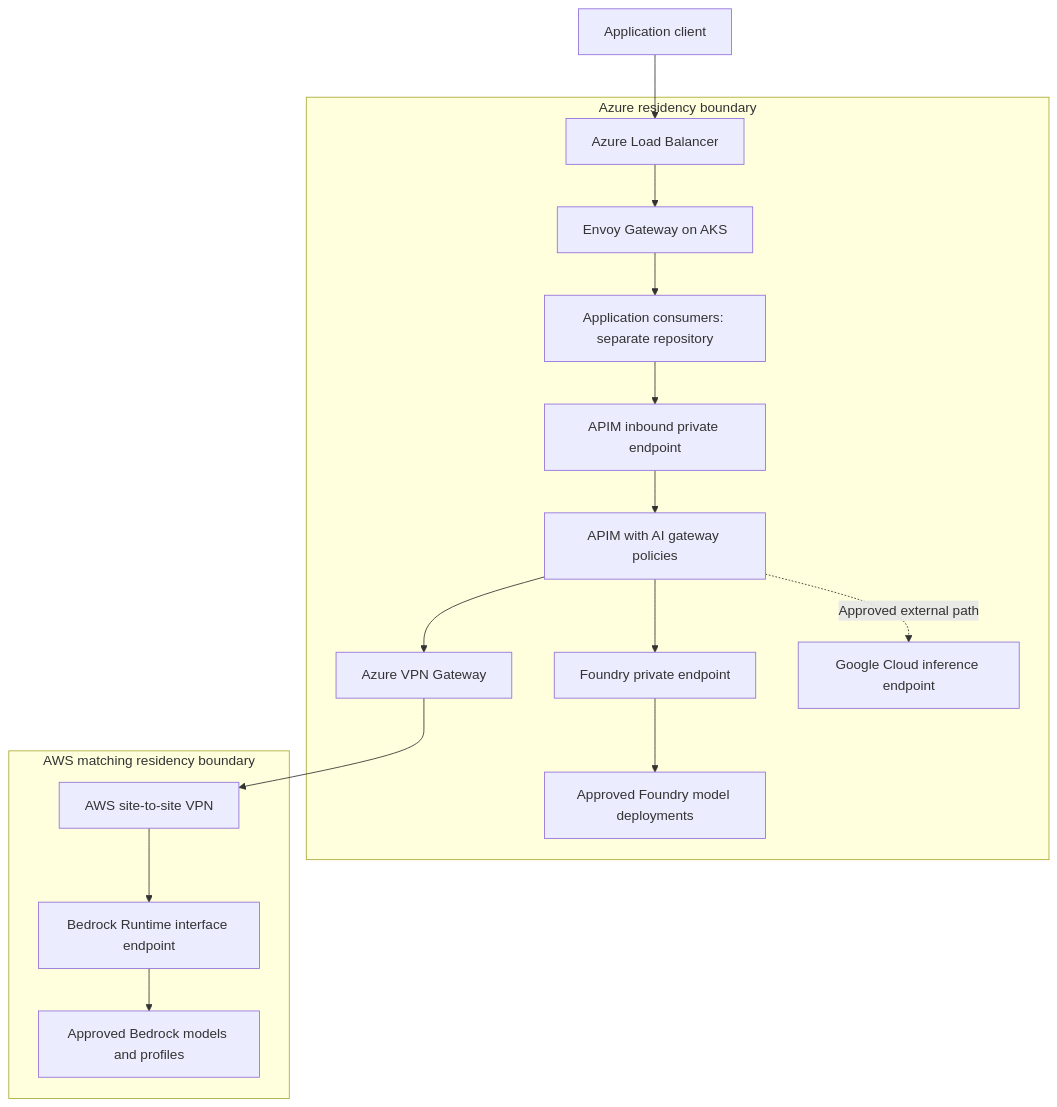
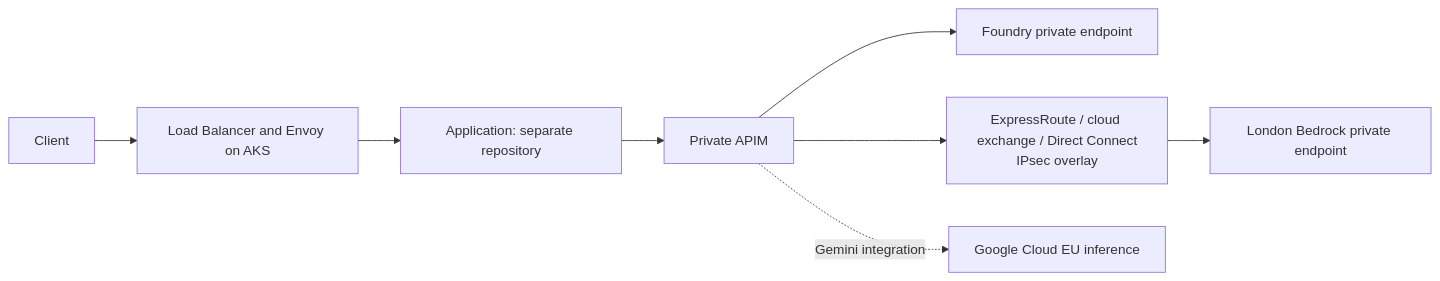
The diagram in docs/adr/0001-model-gateway-architecture.md (ai-platform-portfolio/model-gateway), drawn with Mermaid before and after one commit. The commit also changed other lines of this file and 4 other files, not shown here.

````diff
--- a/docs/adr/0001-model-gateway-architecture.md
+++ b/docs/adr/0001-model-gateway-architecture.md
@@ -37,19 +44,10 @@
 ```mermaid
-flowchart TB
-    Client[Application client] --> LB[Azure Load Balancer]
-    subgraph Azure[Azure residency boundary]
-        LB --> Envoy[Envoy Gateway on AKS]
-        Envoy --> App[Application consumers: separate repository]
-        App --> APIMPE[APIM inbound private endpoint]
-        APIMPE --> APIM[APIM with AI gateway policies]
-        APIM --> FoundryPE[Foundry private endpoint]
-        FoundryPE --> Foundry[Approved Foundry model deployments]
-        APIM --> VPN[Azure VPN Gateway]
-        APIM -. Approved external path .-> Google[Google Cloud inference endpoint]
-    end
-    subgraph AWS[AWS matching residency boundary]
-        AWSVPN[AWS site-to-site VPN] --> VPCE[Bedrock Runtime interface endpoint]
-        VPCE --> Bedrock[Approved Bedrock models and profiles]
-    end
-    VPN --> AWSVPN
+flowchart LR
+    Client[Client] --> Envoy[Load Balancer and Envoy on AKS]
+    Envoy --> App[Application: separate repository]
+    App --> APIM[Private APIM]
+    APIM --> Foundry[Foundry private endpoint]
+    APIM --> Link[ExpressRoute / cloud exchange / Direct Connect\nIPsec overlay]
+    Link --> Bedrock[London Bedrock private endpoint]
+    APIM -. Gemini integration .-> Google[Google Cloud EU inference]
 ```
````
